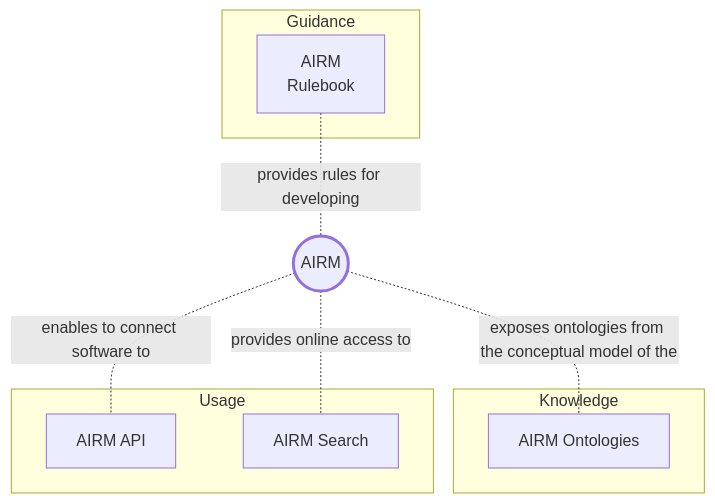
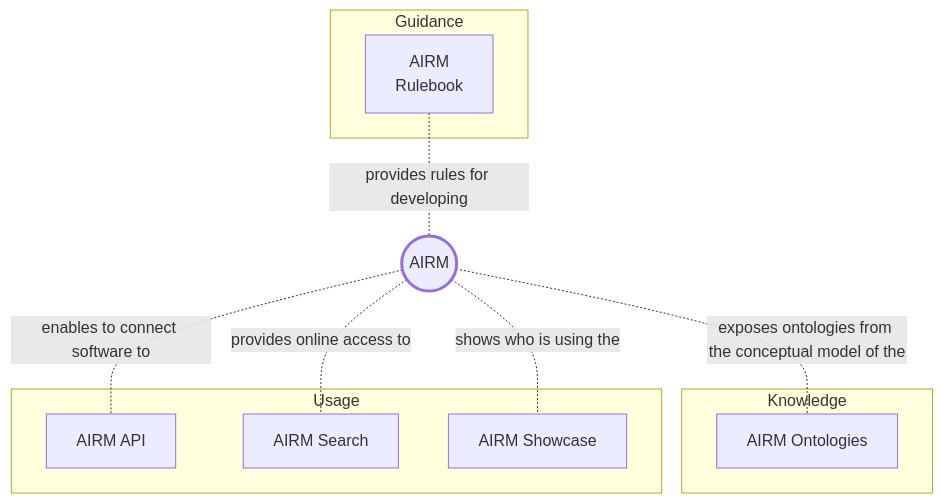
The first of 2 diagrams in docs/home.md (airm-ccb/airm-user-manual-1.3.0-testing), drawn with Mermaid before and after one commit.

````diff
--- a/docs/home.md
+++ b/docs/home.md
@@ -7,53 +7,53 @@
 ```mermaid
   flowchart  TD
   
   AIRM((AIRM))
   
   subgraph Guidance
   AIRM_RULEBOOK[AIRM<br>Rulebook]
   %% DERIVE_AIRM[Deriving the<br>AIRM]
   %% SUPPLEMENT_AIRM[Supplementing the<br>AIRM]
   %% MAP_TO_AIRM[Mapping to the<br>AIRM]
   end
   
   AIRM_RULEBOOK-. provides rules for developing .- AIRM
   %% DERIVE_AIRM-. provides guidance for creating a derived model from .-AIRM
   %% SUPPLEMENT_AIRM-. provides guidance for supplementing the main part of .-AIRM
-  %% MAP_TO_AIRM-. provides guidance for estrablishing semantic correspondences to .-AIRM
+  %% MAP_TO_AIRM-. provides guidance for establishing semantic correspondences to .-AIRM
   
   subgraph Knowledge
     %% direction RL
     AIRM_ONTOLOGIES[AIRM Ontologies]
     %% ONTOLOGY_AIRCRAFT[Aircraft]
     %% ONTOLOGY_INFRASTRUCTURE[Infrastructure]
     %% ONTOLOGY_ATO[Air Traffic Operations]
     %% ONTOLOGY_FLIGHT[Flight]
     %% ONTOLOGY_METEO[Meteorology]
     %% ONTOLOGY_STAKEHOLDER[Stakeholder]
     %% AIRM_ONTOLOGIES-.-ONTOLOGY_AIRCRAFT
     %% AIRM_ONTOLOGIES-.-ONTOLOGY_INFRASTRUCTURE
     %% AIRM_ONTOLOGIES-.-ONTOLOGY_FLIGHT
     %% AIRM_ONTOLOGIES-.-ONTOLOGY_METEO
     %% AIRM_ONTOLOGIES-.-ONTOLOGY_STAKEHOLDER
   end
   
   AIRM-. exposes ontologies from the conceptual model of the .-AIRM_ONTOLOGIES
   
   subgraph Usage
   AIRM_API[AIRM API]
   AIRM_SEARCH[AIRM Search]
-  %% AIRM_SHOWCASE[AIRM Showcase]
+  AIRM_SHOWCASE[AIRM Showcase]
   end
   
   AIRM -. enables to connect software to .- AIRM_API
   AIRM -. provides online access to .- AIRM_SEARCH
-  %% AIRM -. shows who is using the .- AIRM_SHOWCASE
+  AIRM -. shows who is using the .- AIRM_SHOWCASE
   
   style AIRM stroke-width:3px
 
   click AIRM_RULEBOOK href "https://airm-ccb.github.io/airm-user-manual-1.3.0-testing/#/guidance/airm_rulebook" "Browse the AIRM Rulebook"
   click AIRM_ONTOLOGIES href "https://airm-ccb.github.io/airm-user-manual-1.3.0-testing/#/knowledge/overview" "Discover the AIRM ontologies"
   click AIRM_SEARCH href "https://airm.aero/dictionary/1.2.0/search" "Search for ATM terms, abbreviations and concepts"
   click AIRM_API href "https://airm.aero/developers/api" "Connect your software to the AIRM"
-  %% click AIRM_SHOWCASE href "https://airm-ccb.github.io/airm-user-manual-1.3.0-testing/#/usage/showcase" "Discover whos is using the AIRM"
+  click AIRM_SHOWCASE href "https://airm-ccb.github.io/airm-user-manual-1.3.0-testing/#/usage/showcase" "Discover whos is using the AIRM"
 ```
````
